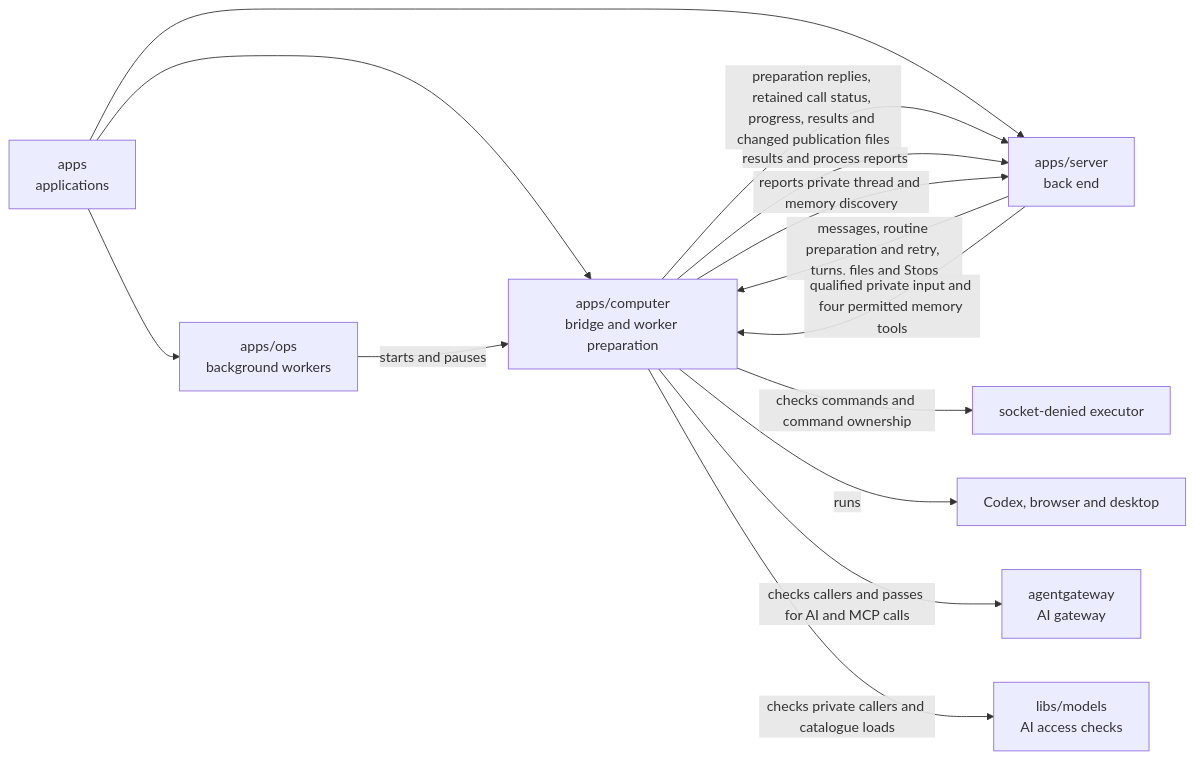
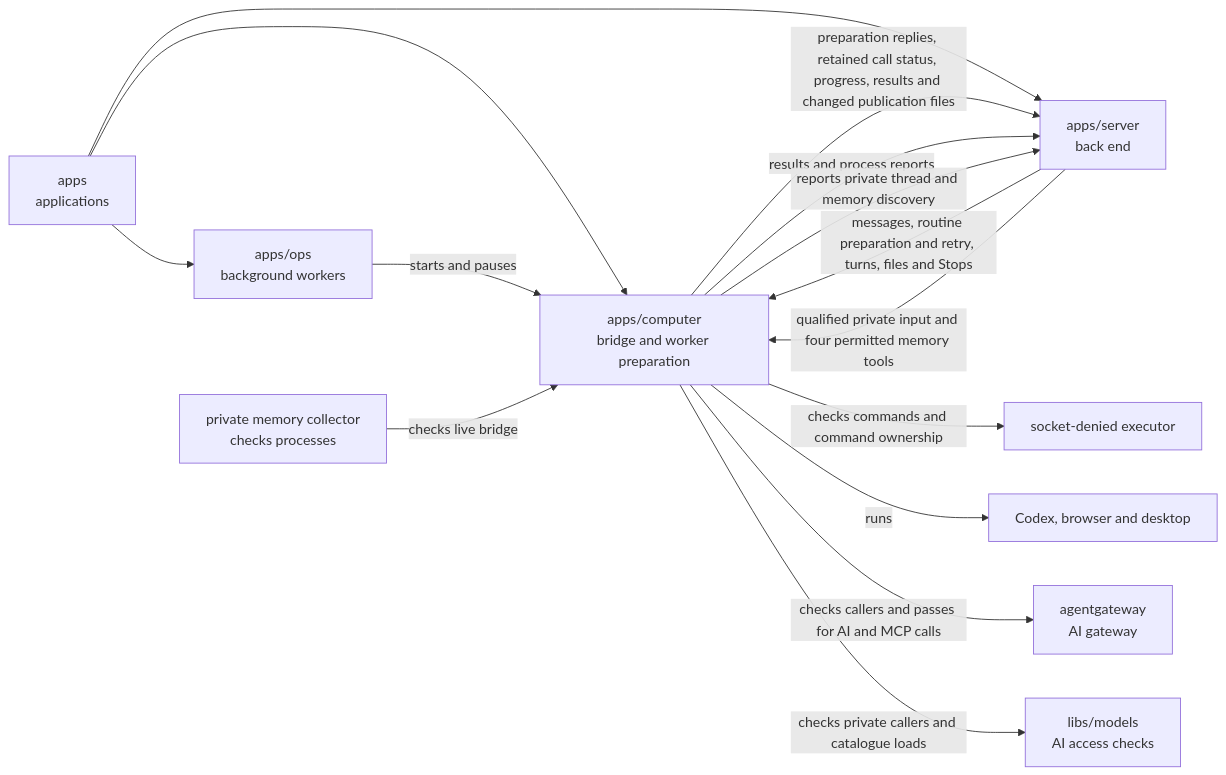
One commit to elewa-git/opencrane-new changed the diagram in apps/computer/README.md. Above: the diagram before and after it, drawn with Mermaid. The commit also changed other lines of this file and 9 other files, not shown here.

Commit message:
🔒 Prove the live bridge inside its computer container

````diff
--- a/apps/computer/README.md
+++ b/apps/computer/README.md
@@ -16,16 +16,17 @@
 ```mermaid
 flowchart LR
   apps["apps<br/>applications"] --> computer["apps/computer<br/>bridge and worker preparation"]
   apps --> ops["apps/ops<br/>background workers"]
   apps --> server["apps/server<br/>back end"]
   ops -->|starts and pauses| computer
   server -->|messages, routine preparation and retry, turns, files and Stops| computer
   computer -->|preparation replies, retained call status, progress, results and changed publication files| server
   computer -->|results and process reports| server
   server -->|qualified private input and four permitted memory tools| computer
   computer -->|reports private thread and memory discovery| server
   computer -->|checks commands and command ownership| executor["socket-denied executor"]
   computer -->|runs| desktop["Codex, browser and desktop"]
   computer -->|checks callers and passes for AI and MCP calls| gateway["agentgateway<br/>AI gateway"]
   computer -->|checks private callers and catalogue loads| models["libs/models<br/>AI access checks"]
+  collector["private memory collector<br/>checks processes"] -->|checks live bridge| computer
 ```
````
